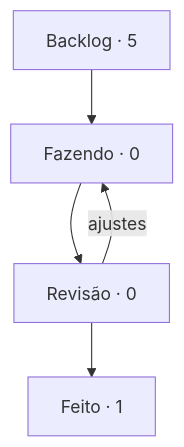
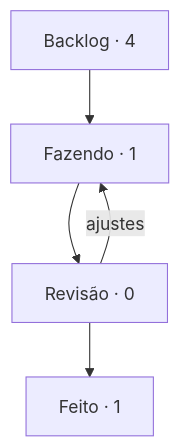
The diagram in boards/geral/BOARD.md (StudioVibi/VibiKanban), drawn with Mermaid before and after one commit. The commit also changed other lines of this file and 1 other file, not shown here.

Commit message:
board: GE-2 Backlog → Fazendo (@isabellaherman)

````diff
--- a/boards/geral/BOARD.md
+++ b/boards/geral/BOARD.md
@@ -5,10 +5,10 @@
 ```mermaid
 flowchart TD
-  backlog["Backlog · 5"] --> doing["Fazendo · 0"]
+  backlog["Backlog · 4"] --> doing["Fazendo · 1"]
   doing --> review["Revisão · 0"]
   review --> done["Feito · 1"]
   review -->|ajustes| doing
   doing:::blue
   review:::yellow
   done:::green
 ```
````
